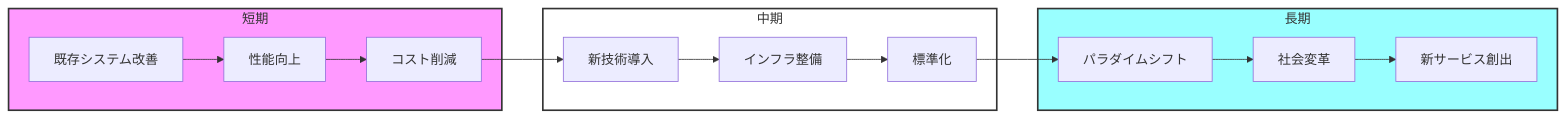
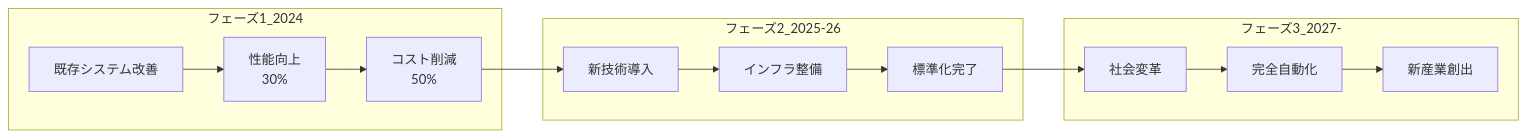
Before and after one commit to uecken/docs: diagram 21 of 22 in デジタル通信/readme.md, drawn with Mermaid. The commit also changed other lines of this file, not shown here.

````diff
--- a/デジタル通信/readme.md
+++ b/デジタル通信/readme.md
@@ -1019,24 +732,20 @@
 ```mermaid
 graph LR
-    subgraph 短期
-    A[既存システム改善] --> B[性能向上]
-    B --> C[コスト削減]
+    subgraph フェーズ1_2024
+    A[既存システム改善] --> B[性能向上<br>30%]
+    B --> C[コスト削減<br>50%]
     end
     
-    subgraph 中期
+    subgraph フェーズ2_2025-26
     D[新技術導入] --> E[インフラ整備]
-    E --> F[標準化]
+    E --> F[標準化完了]
     end
     
-    subgraph 長期
-    G[パラダイムシフト] --> H[社会変革]
-    H --> I[新サービス創出]
+    subgraph フェーズ3_2027-
+    G[社会変革] --> H[完全自動化]
+    H --> I[新産業創出]
     end
     
     C --> D
     F --> G
-    
-    style 短期 fill:#f9f,stroke:#333,stroke-width:2px
-    style 中期 fill:#fff,stroke:#333,stroke-width:2px
-    style 長期 fill:#9ff,stroke:#333,stroke-width:2px
 ```
````
